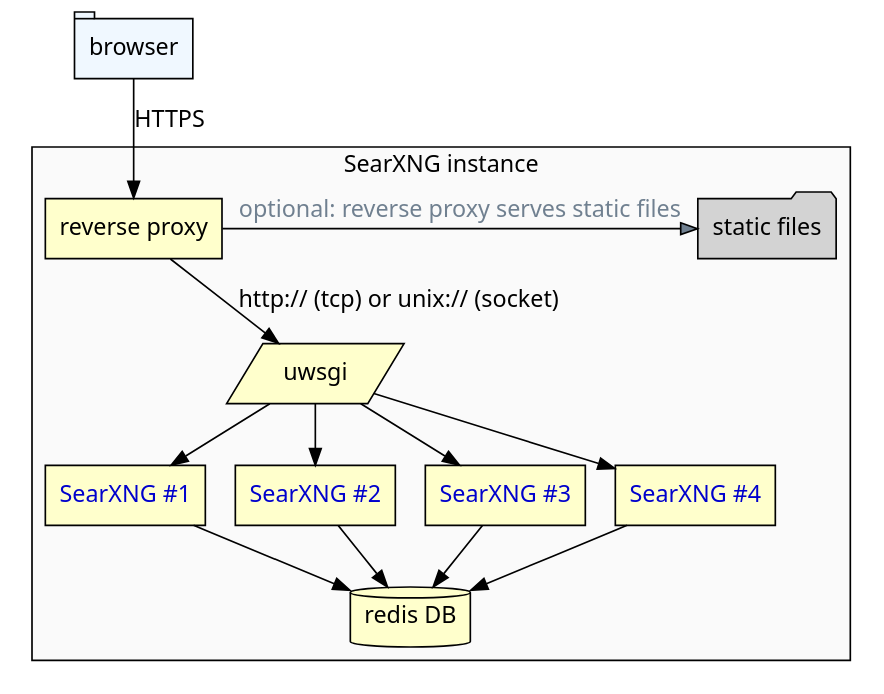
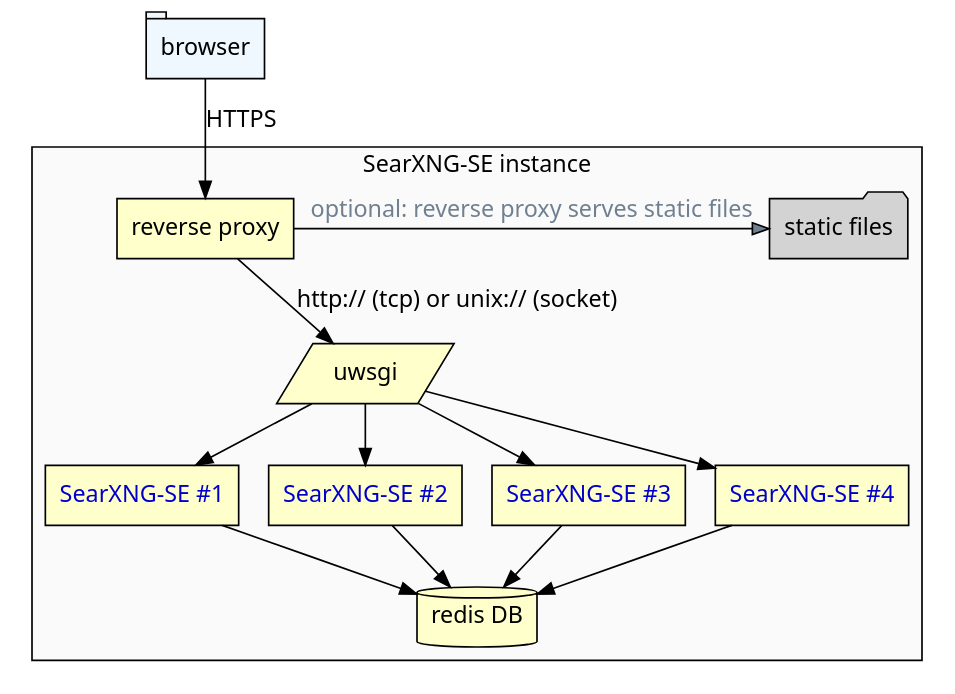
Before and after one commit to AeshEmi1/searxng-secure: the diagram in _images/arch_public.dot, drawn with Graphviz. The commit also changed 267 other files, not shown here.

Commit message:
[docs] replaced references to SearXNG

```diff
--- a/_images/arch_public.dot
+++ b/_images/arch_public.dot
@@ -1,30 +1,30 @@
 digraph G {
 
   node [style=filled, shape=box, fillcolor="#ffffcc", fontname=Sans];
   edge [fontname="Sans"];
 
   browser [label="browser", shape=tab, fillcolor=aliceblue];
   rp      [label="reverse proxy"];
   static  [label="static files", shape=folder, href="url to configure static files", fillcolor=lightgray];
   uwsgi   [label="uwsgi", shape=parallelogram href="https://docs.searxng.org/utils/searx.sh.html"]
   redis     [label="redis DB", shape=cylinder];
-  searxng1  [label="SearXNG #1", fontcolor=blue3];
-  searxng2  [label="SearXNG #2", fontcolor=blue3];
-  searxng3  [label="SearXNG #3", fontcolor=blue3];
-  searxng4  [label="SearXNG #4", fontcolor=blue3];
+  searxng1  [label="SearXNG-SE #1", fontcolor=blue3];
+  searxng2  [label="SearXNG-SE #2", fontcolor=blue3];
+  searxng3  [label="SearXNG-SE #3", fontcolor=blue3];
+  searxng4  [label="SearXNG-SE #4", fontcolor=blue3];
 
   browser -> rp [label="HTTPS"]
 
   subgraph cluster_searxng {
-      label = "SearXNG instance" fontname=Sans;
+      label = "SearXNG-SE instance" fontname=Sans;
       bgcolor="#fafafa";
       { rank=same; static rp };
       rp -> static  [label="optional: reverse proxy serves static files", fillcolor=slategray, fontcolor=slategray];
       rp -> uwsgi [label="http:// (tcp) or unix:// (socket)"];
       uwsgi -> searxng1 -> redis;
       uwsgi -> searxng2 -> redis;
       uwsgi -> searxng3 -> redis;
       uwsgi -> searxng4 -> redis;
   }
 
 }
```
